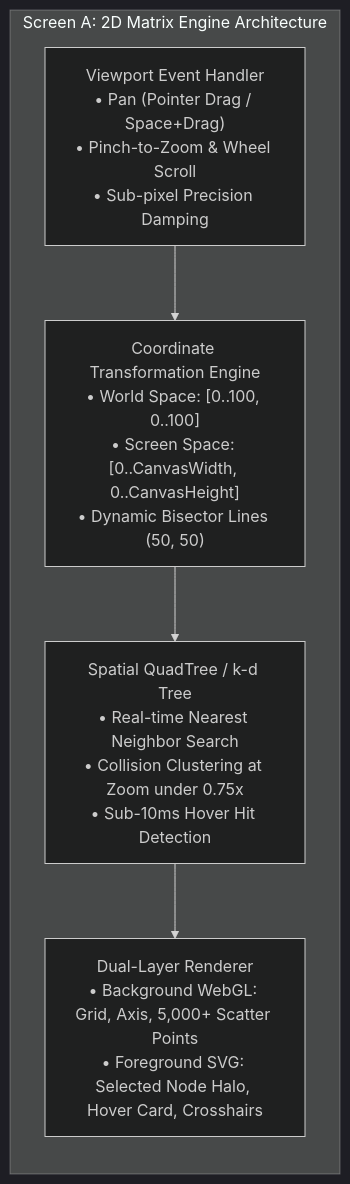
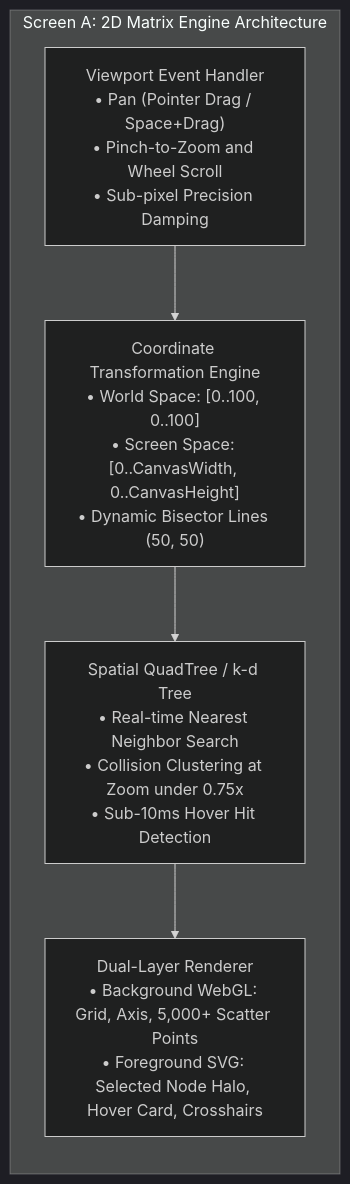
The seventh of 10 diagrams in docs/UI_UX_SPECIFICATION.md (pctablet505/porchlamp-engine), drawn with Mermaid (dark theme) before and after one commit. The commit also changed other lines of this file and 3 other files, not shown here.

Commit message:
docs: resolve all GFM, KaTeX, and Mermaid rendering issues across architecture and UI specs

````diff
--- a/docs/UI_UX_SPECIFICATION.md
+++ b/docs/UI_UX_SPECIFICATION.md
@@ -330,14 +300,14 @@
 ```mermaid
 flowchart TB
     subgraph CanvasEngine ["Screen A: 2D Matrix Engine Architecture"]
         direction TB
-        InputLayer["Viewport Event Handler<br/>• Pan (Pointer Drag / Space+Drag)<br/>• Pinch-to-Zoom & Wheel Scroll<br/>• Sub-pixel Precision Damping"]
+        InputLayer["Viewport Event Handler<br/>• Pan (Pointer Drag / Space+Drag)<br/>• Pinch-to-Zoom and Wheel Scroll<br/>• Sub-pixel Precision Damping"]
         CoordMapper["Coordinate Transformation Engine<br/>• World Space: [0..100, 0..100]<br/>• Screen Space: [0..CanvasWidth, 0..CanvasHeight]<br/>• Dynamic Bisector Lines (50, 50)"]
         SpatialIndex["Spatial QuadTree / k-d Tree<br/>• Real-time Nearest Neighbor Search<br/>• Collision Clustering at Zoom under 0.75x<br/>• Sub-10ms Hover Hit Detection"]
         Renderer["Dual-Layer Renderer<br/>• Background WebGL: Grid, Axis, 5,000+ Scatter Points<br/>• Foreground SVG: Selected Node Halo, Hover Card, Crosshairs"]
     end
 
     InputLayer --> CoordMapper
     CoordMapper --> SpatialIndex
     SpatialIndex --> Renderer
 ```
````
